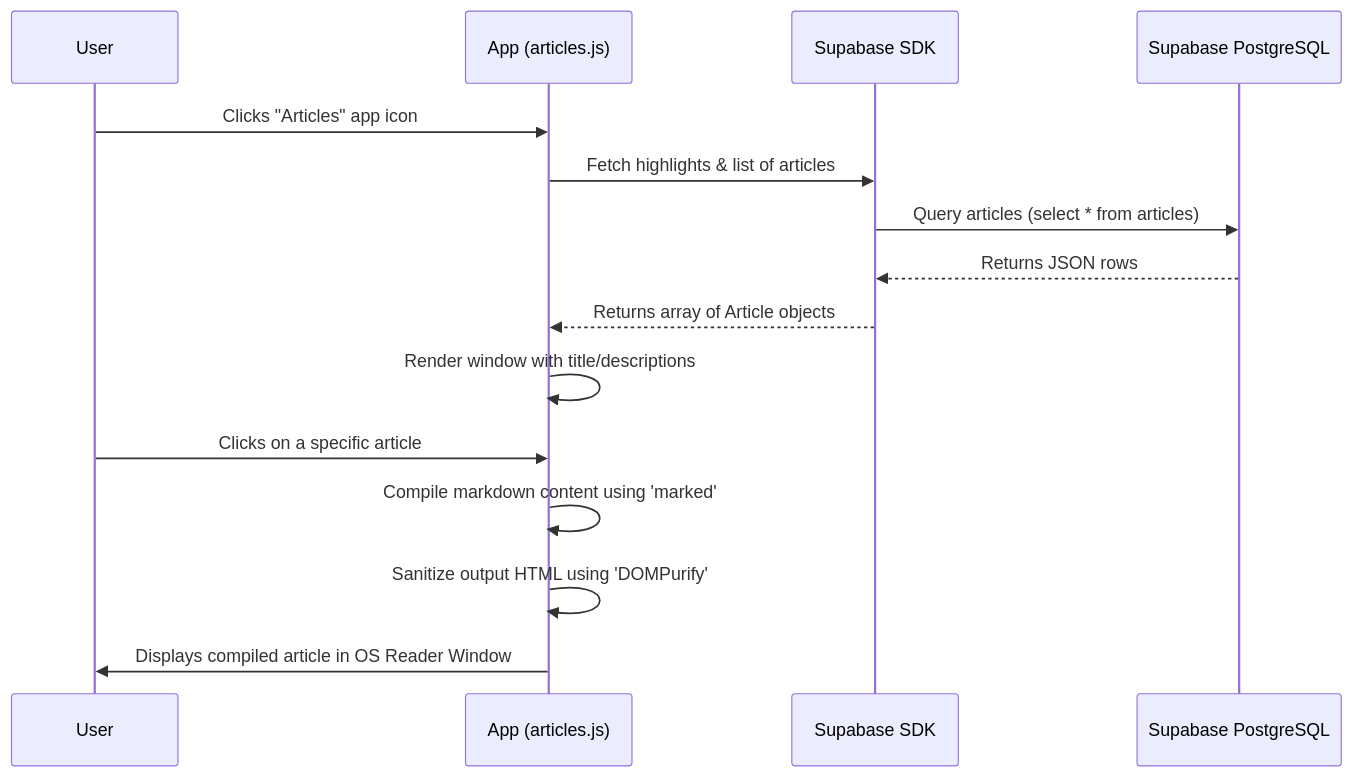
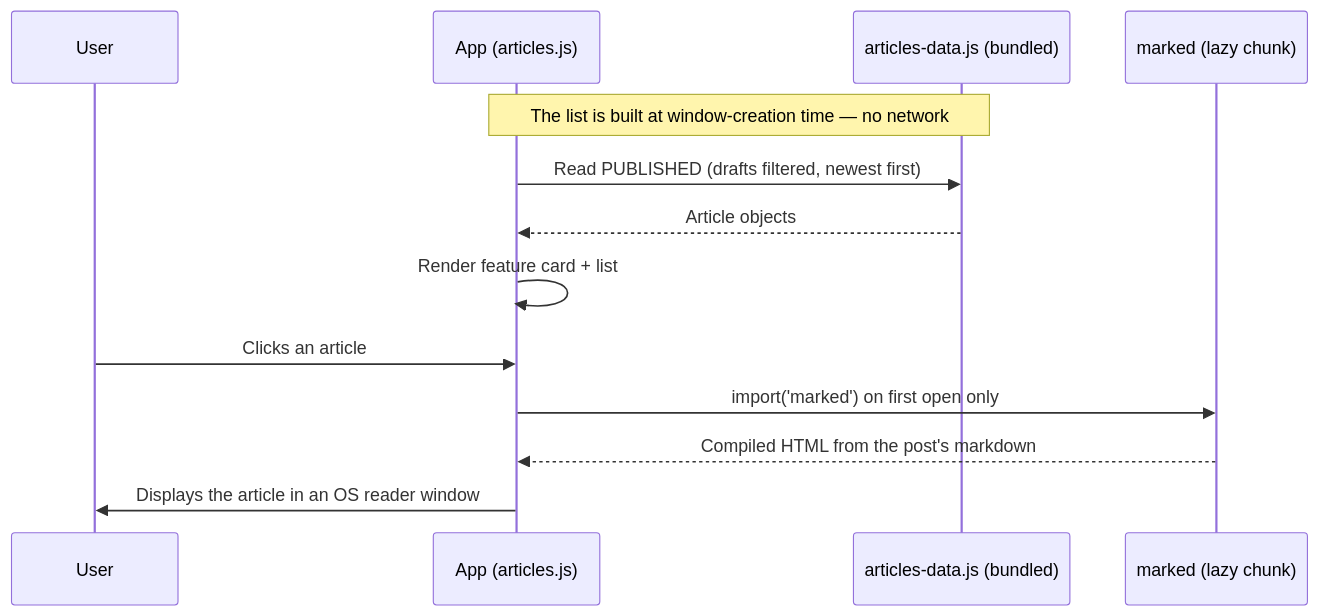
The second of 2 diagrams in architecture.md (francis-p-n/Portfolio-Site), drawn with Mermaid before and after one commit. The commit also changed other lines of this file and 30 other files, not shown here.

````diff
--- a/architecture.md
+++ b/architecture.md
@@ -54,18 +53,16 @@
 ```mermaid
 sequenceDiagram
     participant User
     participant App as App (articles.js)
-    participant Client as Supabase SDK
-    participant DB as Supabase PostgreSQL
+    participant Data as articles-data.js (bundled)
+    participant Marked as marked (lazy chunk)
 
-    User->>App: Clicks "Articles" app icon
-    App->>Client: Fetch highlights & list of articles
-    Client->>DB: Query articles (select * from articles)
-    DB-->>Client: Returns JSON rows
-    Client-->>App: Returns array of Article objects
-    App->>App: Render window with title/descriptions
-    User->>App: Clicks on a specific article
-    App->>App: Compile markdown content using 'marked'
-    App->>App: Sanitize output HTML using 'DOMPurify'
-    App->>User: Displays compiled article in OS Reader Window
+    Note over App,Data: The list is built at window-creation time — no network
+    App->>Data: Read PUBLISHED (drafts filtered, newest first)
+    Data-->>App: Article objects
+    App->>App: Render feature card + list
+    User->>App: Clicks an article
+    App->>Marked: import('marked') on first open only
+    Marked-->>App: Compiled HTML from the post's markdown
+    App->>User: Displays the article in an OS reader window
 ```
````
